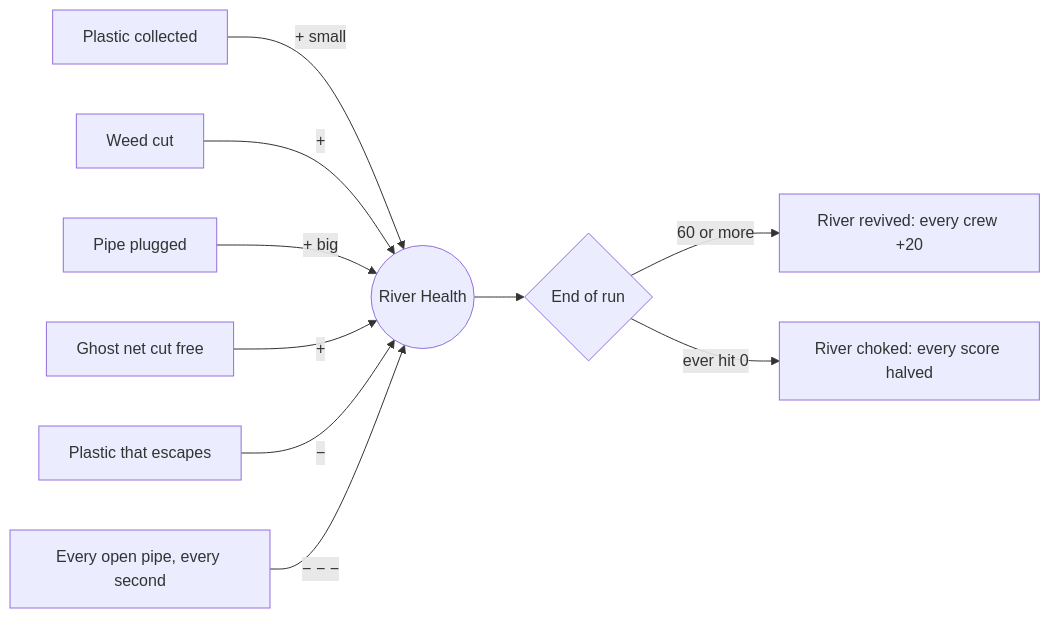
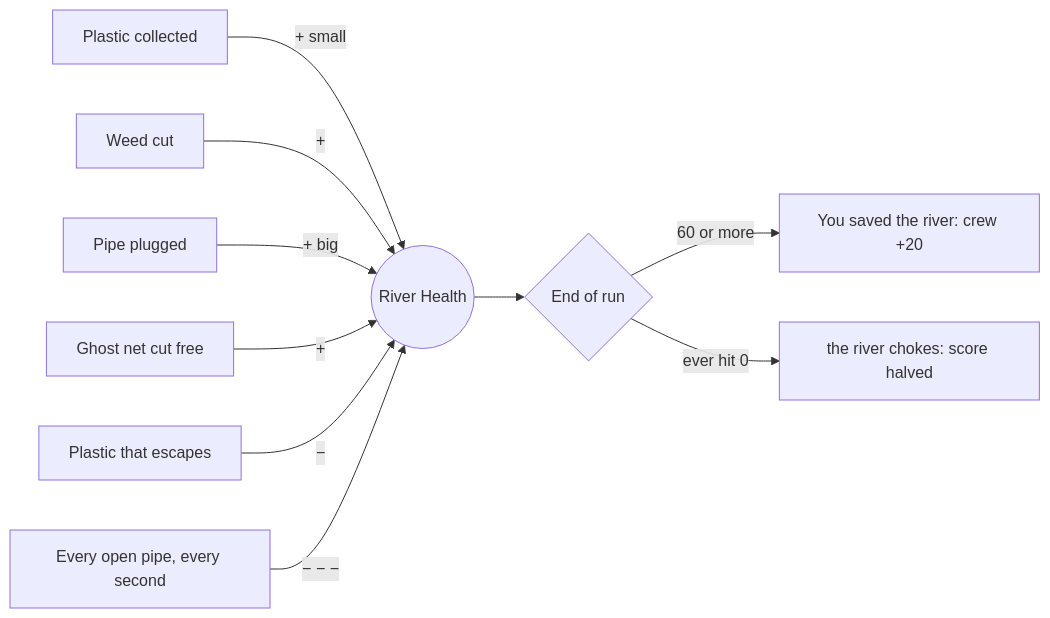
Before and after one commit to Jaycubic/Game-design: the first of 2 diagrams in docs/GAME_EXPLAINED.md, drawn with Mermaid. The commit also changed other lines of this file and 21 other files, not shown here.

````diff
--- a/docs/GAME_EXPLAINED.md
+++ b/docs/GAME_EXPLAINED.md
@@ -131,12 +132,12 @@
 ```mermaid
 flowchart LR
     A[Plastic collected] -->|+ small| H((River Health))
     B[Weed cut] -->|+| H
     C[Pipe plugged] -->|+ big| H
     D[Ghost net cut free] -->|+| H
     E[Plastic that escapes] -->|−| H
     F[Every open pipe, every second] -->|− − −| H
     H --> G{End of run}
-    G -->|60 or more| R[River revived: every crew +20]
-    G -->|ever hit 0| X[River choked: every score halved]
+    G -->|60 or more| R[You saved the river: crew +20]
+    G -->|ever hit 0| X[the river chokes: score halved]
 ```
````
